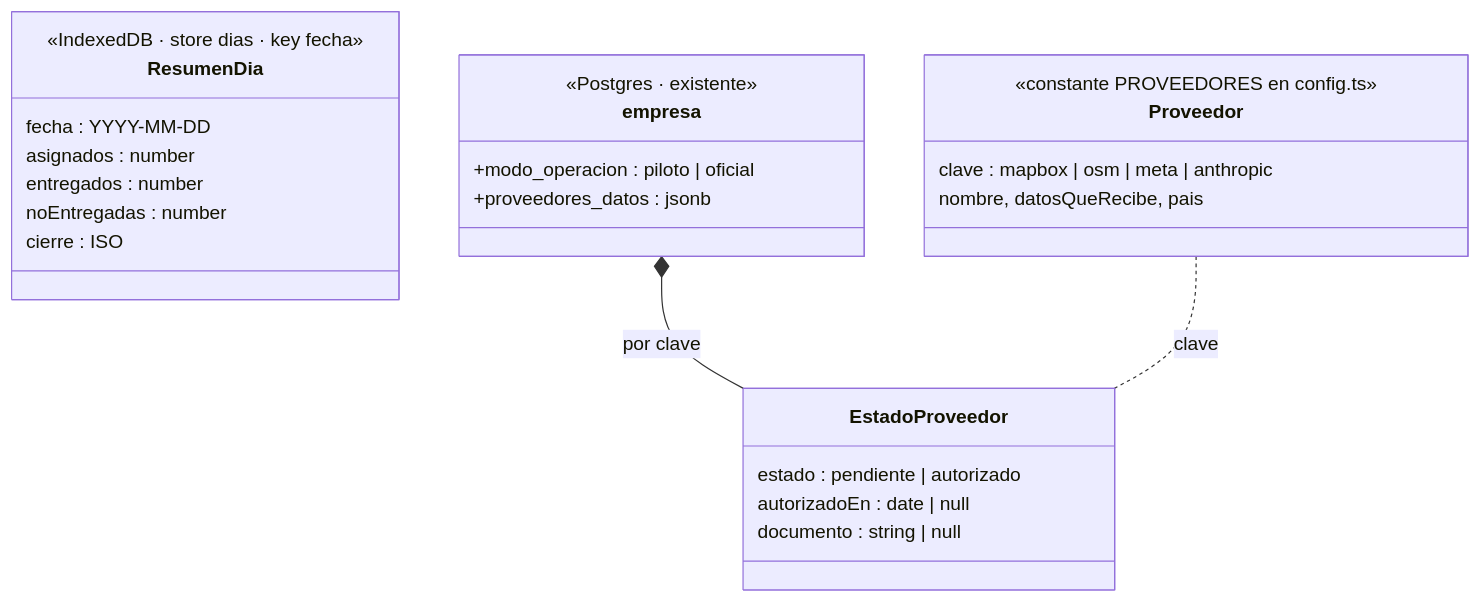
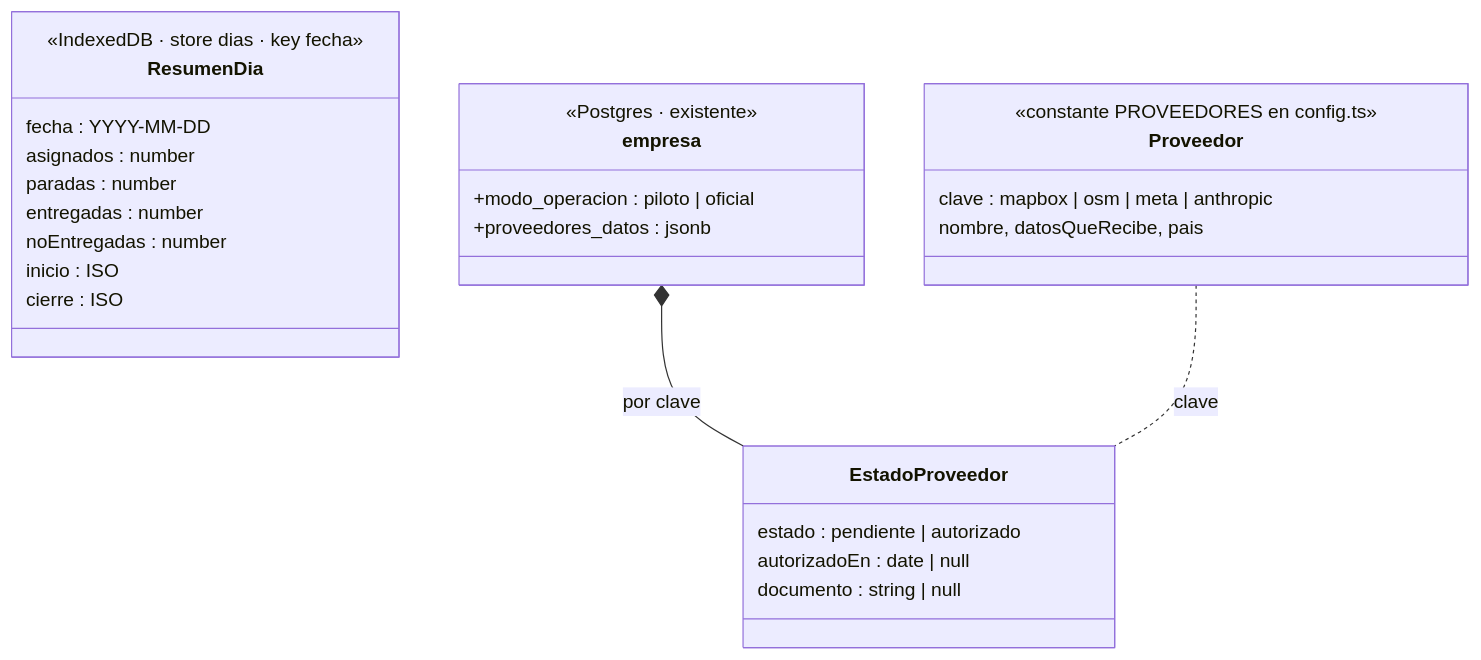
One commit to etianypr/ProyectoAres changed the diagram in specs/007-cumplimiento-datos/data-model.md. Above: the diagram before and after it, drawn with Mermaid. The commit also changed other lines of this file and 426 other files, not shown here.

````diff
--- a/specs/007-cumplimiento-datos/data-model.md
+++ b/specs/007-cumplimiento-datos/data-model.md
@@ -3,28 +3,30 @@
 ```mermaid
 classDiagram
   class ResumenDia {
     <<IndexedDB · store dias · key fecha>>
     fecha : YYYY-MM-DD
     asignados : number
-    entregados : number
+    paradas : number
+    entregadas : number
     noEntregadas : number
+    inicio : ISO
     cierre : ISO
   }
   class empresa {
     <<Postgres · existente>>
     +modo_operacion : piloto | oficial
     +proveedores_datos : jsonb
   }
   class EstadoProveedor {
     estado : pendiente | autorizado
     autorizadoEn : date | null
     documento : string | null
   }
   class Proveedor {
     <<constante PROVEEDORES en config.ts>>
     clave : mapbox | osm | meta | anthropic
     nombre, datosQueRecibe, pais
   }
   empresa *-- EstadoProveedor : por clave
   Proveedor .. EstadoProveedor : clave
 ```
````
